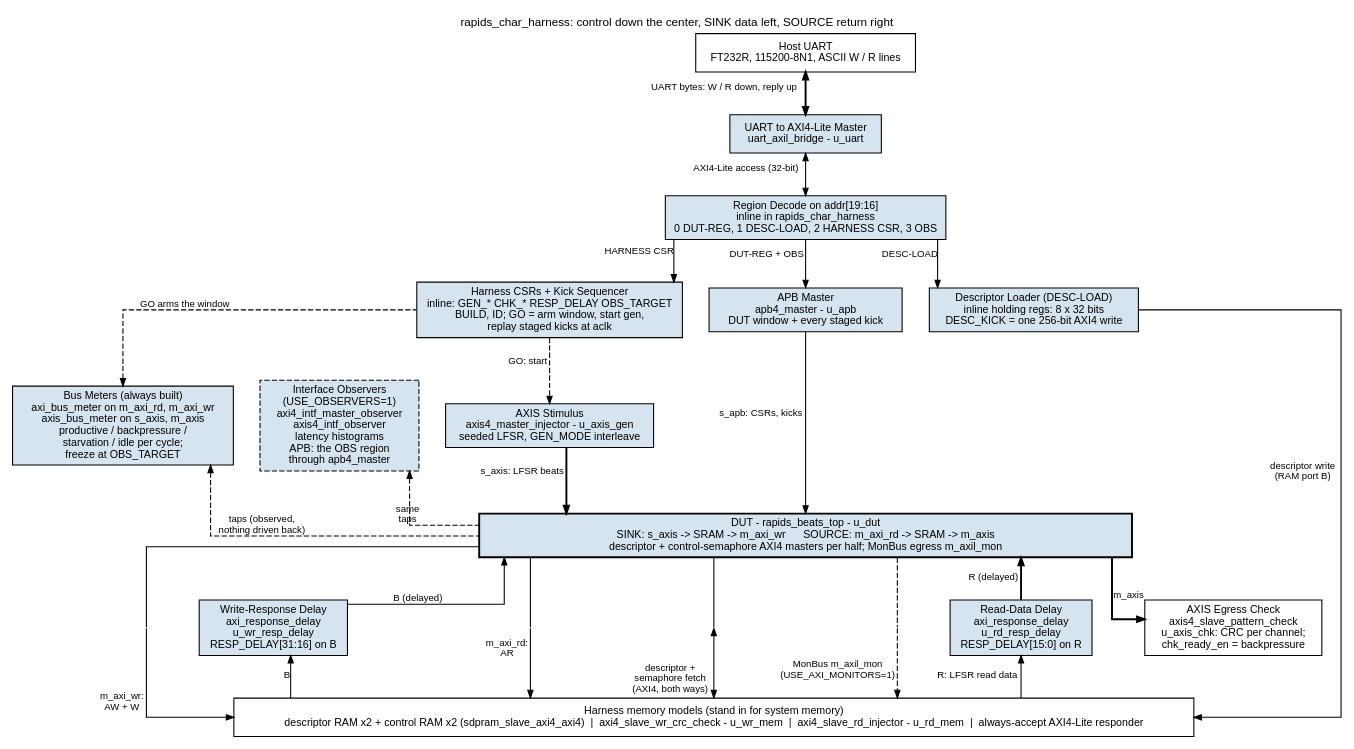
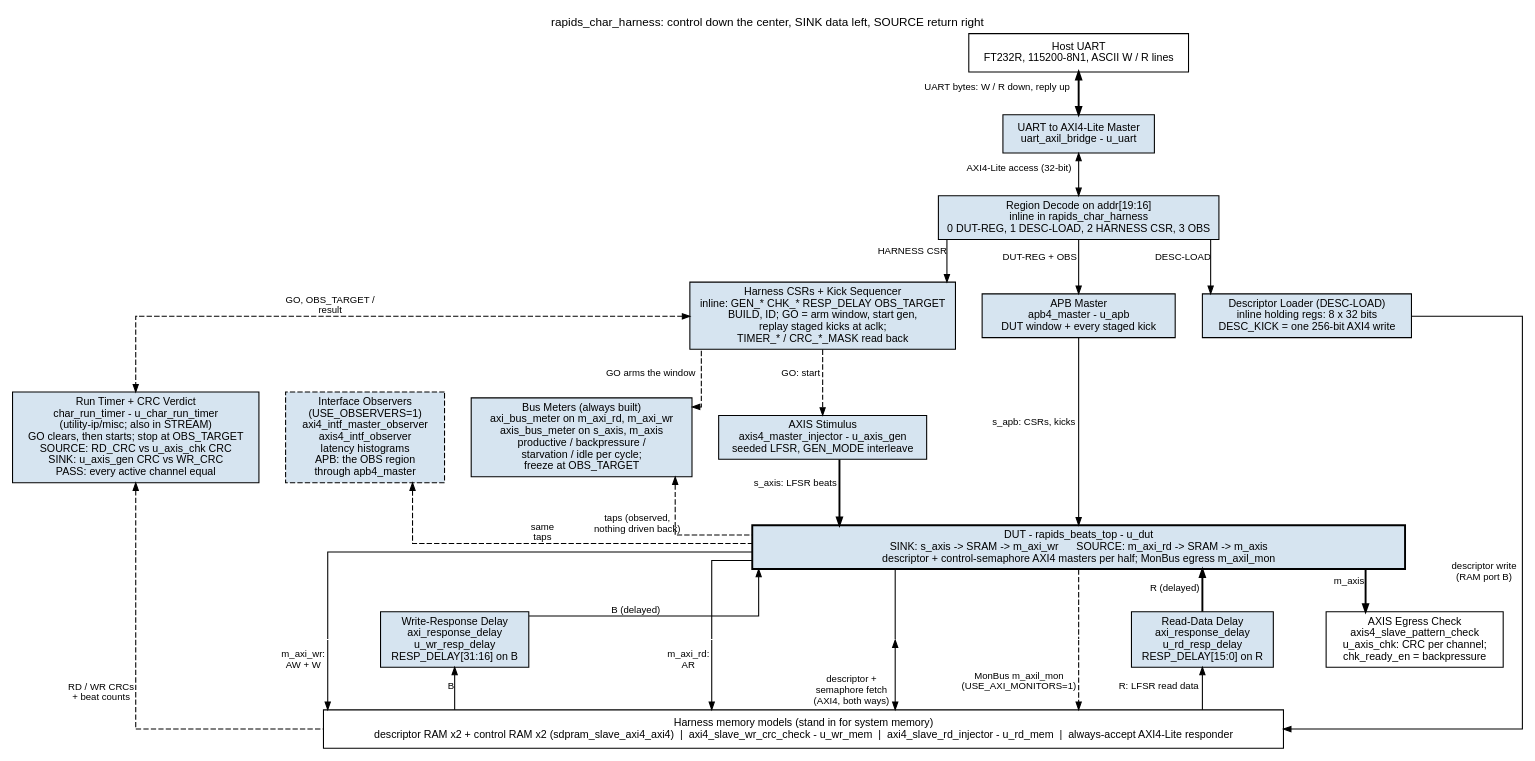
One commit to sean-galloway/RTLDesignSherpa changed the diagram in projects/fpga-systems/Genesys2/dma-ip/rapids_beats/docs/rapids_fpga_system/assets/graphviz/02_harness_blocks.dot. Above: the diagram before and after it, drawn with Graphviz. The commit also changed 33 other files, not shown here.

First line of the commit message:
docs(fpga-systems): run timer in the STREAM and RAPIDS system books and diagrams

```diff
--- a/projects/fpga-systems/Genesys2/dma-ip/rapids_beats/docs/rapids_fpga_system/assets/graphviz/02_harness_blocks.dot
+++ b/projects/fpga-systems/Genesys2/dma-ip/rapids_beats/docs/rapids_fpga_system/assets/graphviz/02_harness_blocks.dot
@@ -1,93 +1,101 @@
 // Figure 2.1 -- rapids_char_harness block map, in the house style
 // (vault/handbook/authoring/block-diagrams.md). Every block is an instance or
 // an inline register block in flows-rapids-beats/rtl/rapids_char_harness.sv.
 //   - Host UART is the white port on top; the control path runs down the
 //     center (bridge -> region decode -> apb4_master -> DUT s_apb).
 //   - The boundary bar is the harness's memory models: what stands in for
 //     system memory under every DUT AXI master.
 //   - SINK forward data enters left (AXIS generator) and leaves down
 //     (m_axi_wr); SOURCE read data comes back UP through the R-channel delay
 //     on the right and leaves right (m_axis to the pattern check).
 //   - Meters and observers are passive taps (dashed, nothing driven back).
+//   - The run timer and CRC verdict (char_run_timer, utility-ip/misc, the same
+//     module as the STREAM harness) sits on the far left of the meter row:
+//     GO clears and starts it from the CSRs, the memory models' CRCs and beat
+//     counts climb to it, and the generator / egress-check CRCs it pairs with
+//     them are taps named in its label rather than two more crossing edges.
 digraph harness_blocks {
     graph [rankdir=TB, bgcolor="white", fontname="Helvetica", fontsize=11,
            nodesep="0.35", ranksep="0.55", splines=ortho, newrank=true,
            label="rapids_char_harness: control down the center, SINK data left, SOURCE return right", labelloc=t];
     node  [fontname="Helvetica", fontsize=10, shape=box, style=filled,
            fillcolor="#D6E4F0", color="black", margin="0.12,0.06"];
     edge  [fontname="Helvetica", fontsize=9, color="black", arrowsize=0.7];
 
     host  [group=C, label="Host UART\nFT232R, 115200-8N1, ASCII W / R lines", fillcolor="white"];
     uart  [group=C, label="UART to AXI4-Lite Master\nuart_axil_bridge - u_uart"];
     dec   [group=C, label="Region Decode on addr[19:16]\ninline in rapids_char_harness\n0 DUT-REG, 1 DESC-LOAD, 2 HARNESS CSR, 3 OBS"];
 
-    csr   [group=L, label="Harness CSRs + Kick Sequencer\ninline: GEN_* CHK_* RESP_DELAY OBS_TARGET\nBUILD, ID; GO = arm window, start gen,\nreplay staged kicks at aclk"];
+    csr   [group=L, label="Harness CSRs + Kick Sequencer\ninline: GEN_* CHK_* RESP_DELAY OBS_TARGET\nBUILD, ID; GO = arm window, start gen,\nreplay staged kicks at aclk;\nTIMER_* / CRC_*_MASK read back"];
     apbm  [group=C, label="APB Master\napb4_master - u_apb\nDUT window + every staged kick"];
     dload [group=RR, label="Descriptor Loader (DESC-LOAD)\ninline holding regs: 8 x 32 bits\nDESC_KICK = one 256-bit AXI4 write"];
 
     meter [group=LL, label="Bus Meters (always built)\naxi_bus_meter on m_axi_rd, m_axi_wr\naxis_bus_meter on s_axis, m_axis\nproductive / backpressure /\nstarvation / idle per cycle;\nfreeze at OBS_TARGET"];
     gen   [group=L, label="AXIS Stimulus\naxis4_master_injector - u_axis_gen\nseeded LFSR, GEN_MODE interleave"];
 
+    tmr   [group=LL, label="Run Timer + CRC Verdict\nchar_run_timer - u_char_run_timer\n(utility-ip/misc; also in STREAM)\nGO clears, then starts; stop at OBS_TARGET\nSOURCE: RD_CRC vs u_axis_chk CRC\nSINK: u_axis_gen CRC vs WR_CRC\nPASS: every active channel equal"];
     obs   [group=LL, label="Interface Observers\n(USE_OBSERVERS=1)\naxi4_intf_master_observer\naxis4_intf_observer\nlatency histograms\nAPB: the OBS region\nthrough apb4_master", style="filled,dashed"];
     dut   [group=C, label="DUT - rapids_beats_top - u_dut\nSINK: s_axis -> SRAM -> m_axi_wr      SOURCE: m_axi_rd -> SRAM -> m_axis\ndescriptor + control-semaphore AXI4 masters per half; MonBus egress m_axil_mon", width=8.5, penwidth=1.8];
 
     wdly  [group=L, label="Write-Response Delay\naxi_response_delay\nu_wr_resp_delay\nRESP_DELAY[31:16] on B"];
     rdly  [group=R, label="Read-Data Delay\naxi_response_delay\nu_rd_resp_delay\nRESP_DELAY[15:0] on R"];
     chk   [group=RR, label="AXIS Egress Check\naxis4_slave_pattern_check\nu_axis_chk: CRC per channel;\nchk_ready_en = backpressure", fillcolor="white"];
 
     p_aw [shape=point, style=invis, width=0.01, label=""];
     p_ar [shape=point, style=invis, width=0.01, label=""];
     p_fe [shape=point, style=invis, width=0.01, label=""];
     p_mon [shape=point, style=invis, width=0.01, label=""];
 
     bar   [group=C, label="Harness memory models (stand in for system memory)\ndescriptor RAM x2 + control RAM x2 (sdpram_slave_axi4_axi4)  |  axi4_slave_wr_crc_check - u_wr_mem  |  axi4_slave_rd_injector - u_rd_mem  |  always-accept AXI4-Lite responder",
            fillcolor="white", width=11.5, height=0.5];
 
     { rank=same; csr; apbm; dload; }
-    { rank=same; obs; meter; gen; }
+    { rank=same; tmr; obs; meter; gen; }
 
     { rank=same; p_aw; wdly; s0; p_ar; s1; p_fe; s2; p_mon; rdly; chk; }
     s0 [shape=box, style=invis, width=1.0, label=""];
     s1 [shape=box, style=invis, width=1.0, label=""];
     s2 [shape=box, style=invis, width=1.0, label=""];
 
     csr -> apbm -> dload [style=invis];
-    obs -> meter -> gen [style=invis];
+    tmr -> obs -> meter -> gen [style=invis];
 
     p_aw -> wdly -> s0 -> p_ar -> s1 -> p_fe -> s2 -> p_mon -> rdly -> chk [style=invis, minlen=2];
 
     // ---- control flow, center column ----
     host -> uart  [dir=both, penwidth=1.8, xlabel="UART bytes: W / R down, reply up"];
     uart -> dec   [dir=both, xlabel="AXI4-Lite access (32-bit)"];
     dec  -> csr   [xlabel="HARNESS CSR"];
     dec  -> apbm  [xlabel="DUT-REG + OBS"];
     dec  -> dload [xlabel="DESC-LOAD"];
     apbm -> dut   [xlabel="s_apb: CSRs, kicks"];
     csr  -> gen   [style=dashed, xlabel="GO: start"];
 
     // ---- SINK forward data, left ----
     gen  -> dut   [penwidth=1.8, xlabel="s_axis: LFSR beats"];
     dut  -> p_aw  [dir=none];
     p_aw -> bar   [xlabel="m_axi_wr:\nAW + W"];
     dut  -> wdly  [dir=back, xlabel="B (delayed)"];
     wdly -> bar   [dir=back, xlabel="B"];
 
     // ---- requests and fetches, center ----
     dut  -> p_ar  [dir=none];
     p_ar -> bar   [xlabel="m_axi_rd:\nAR"];
     dut  -> p_fe  [dir=none];
     p_fe -> bar   [dir=both, xlabel="descriptor +\nsemaphore fetch\n(AXI4, both ways)"];
     dut  -> p_mon [dir=none, style=dashed];
     p_mon -> bar  [style=dashed, xlabel="MonBus m_axil_mon\n(USE_AXI_MONITORS=1)"];
 
     // ---- SOURCE return, right ----
     dut  -> rdly  [dir=back, penwidth=1.8, xlabel="R (delayed)"];
     rdly -> bar   [dir=back, xlabel="R: LFSR read data"];
     dut  -> chk   [penwidth=1.8, xlabel="m_axis"];
     dload -> bar  [xlabel="descriptor write\n(RAM port B)"];
 
     // ---- measurement (passive) ----
     meter -> csr  [style=dashed, dir=back, xlabel="GO arms the window"];
+    csr  -> tmr   [style=dashed, dir=both, xlabel="GO, OBS_TARGET /\nresult"];
+    tmr  -> bar   [style=dashed, dir=back, xlabel="RD / WR CRCs\n+ beat counts"];
     meter -> dut  [style=dashed, dir=back, xlabel="taps (observed,\nnothing driven back)"];
     obs  -> dut   [style=dashed, dir=back, xlabel="same\ntaps"];
 }
```
